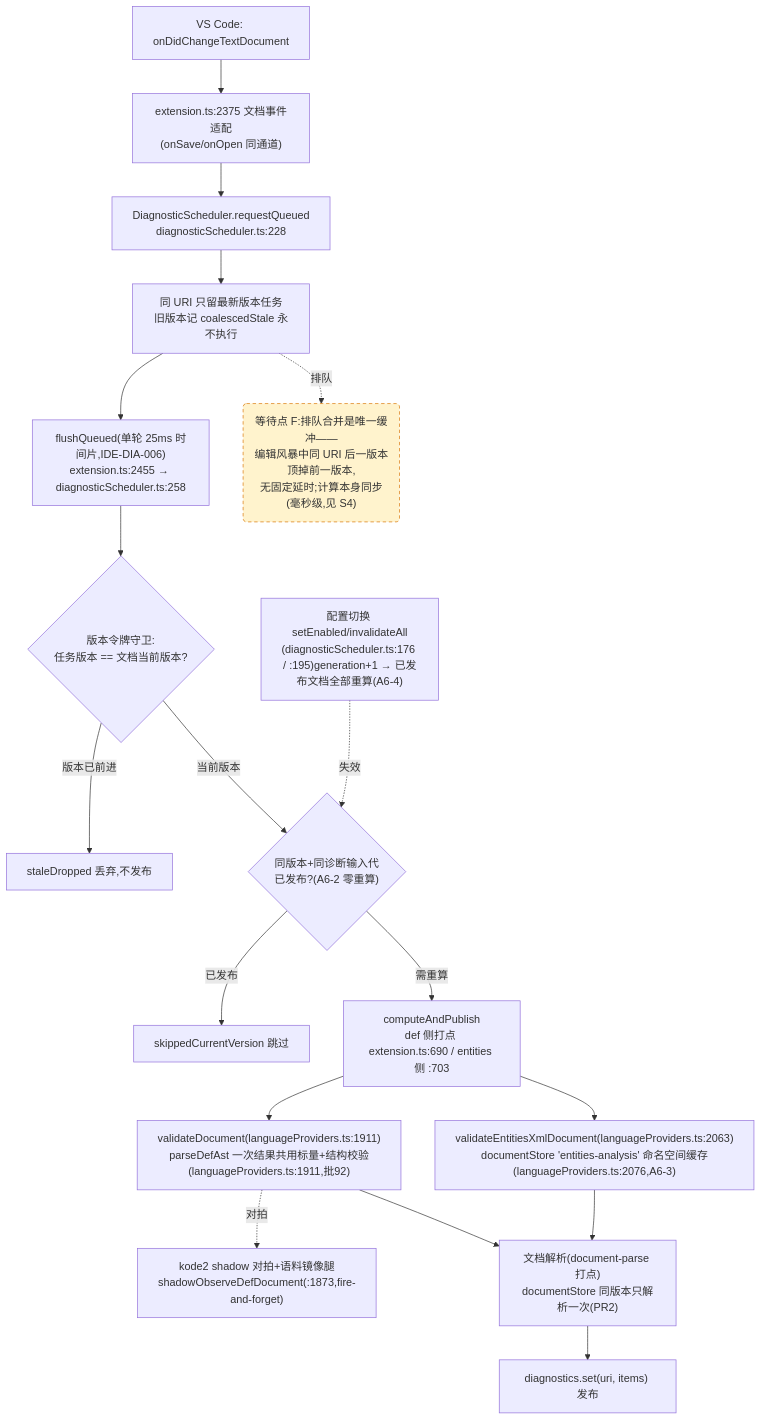
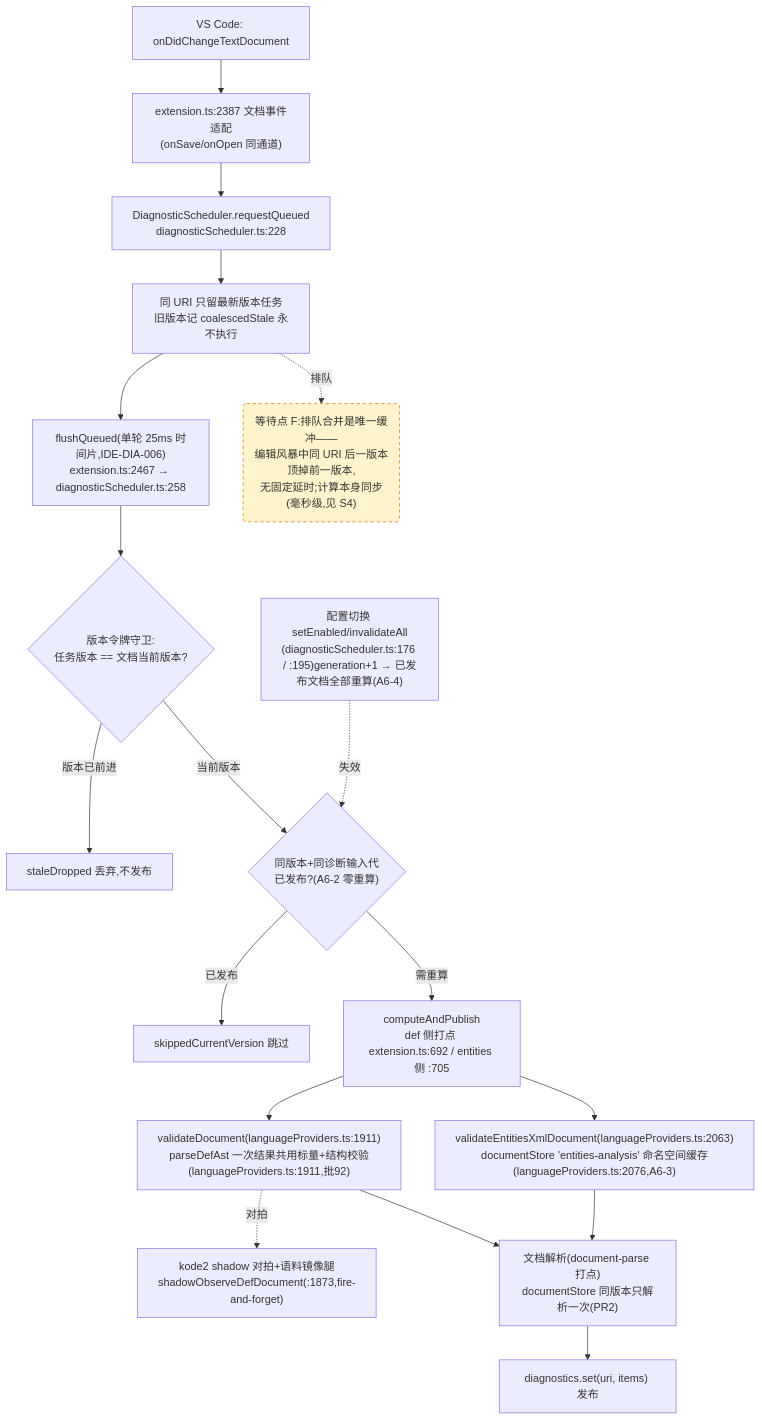
Before and after one commit to cuihairu/kode: the fourth of 4 diagrams in docs/perf/2026-baseline.md, drawn with Mermaid. The commit also changed other lines of this file and 24 other files, not shown here.

````diff
--- a/docs/perf/2026-baseline.md
+++ b/docs/perf/2026-baseline.md
@@ -214,38 +214,38 @@
 ```mermaid
 flowchart TD
   CHG["VS Code: onDidChangeTextDocument"]
-  WATCH["extension.ts:2375 文档事件适配<br/>(onSave/onOpen 同通道)"]
+  WATCH["extension.ts:2387 文档事件适配<br/>(onSave/onOpen 同通道)"]
   RQ["DiagnosticScheduler.requestQueued<br/>diagnosticScheduler.ts:228"]
   CO["同 URI 只留最新版本任务<br/>旧版本记 coalescedStale 永不执行"]
-  FL["flushQueued(单轮 25ms 时间片,IDE-DIA-006)<br/>extension.ts:2455 → diagnosticScheduler.ts:258"]
+  FL["flushQueued(单轮 25ms 时间片,IDE-DIA-006)<br/>extension.ts:2467 → diagnosticScheduler.ts:258"]
   VG{"版本令牌守卫:<br/>任务版本 == 文档当前版本?"}
   DROP["staleDropped 丢弃,不发布"]
   GEN{"同版本+同诊断输入代<br/>已发布?(A6-2 零重算)"}
   SKIP["skippedCurrentVersion 跳过"]
-  CALC["computeAndPublish<br/>def 侧打点 extension.ts:690 / entities 侧 :703"]
+  CALC["computeAndPublish<br/>def 侧打点 extension.ts:692 / entities 侧 :705"]
   VD["validateDocument(languageProviders.ts:1911)<br/>parseDefAst 一次结果共用标量+结构校验(languageProviders.ts:1911,批92)"]
   VEX["validateEntitiesXmlDocument(languageProviders.ts:2063)<br/>documentStore 'entities-analysis' 命名空间缓存(languageProviders.ts:2076,A6-3)"]
   SHDD["kode2 shadow 对拍+语料镜像腿<br/>shadowObserveDefDocument(:1873,fire-and-forget)"]
   DS["文档解析(document-parse 打点)<br/>documentStore 同版本只解析一次(PR2)"]
   PUB["diagnostics.set(uri, items) 发布"]
   CFG2["配置切换 setEnabled/invalidateAll<br/>(diagnosticScheduler.ts:176 / :195)generation+1 → 已发布文档全部重算(A6-4)"]
 
   CHG --> WATCH --> RQ --> CO --> FL --> VG
   VG -- "版本已前进" --> DROP
   VG -- "当前版本" --> GEN
   GEN -- "已发布" --> SKIP
   GEN -- "需重算" --> CALC
   CALC --> VD
   CALC --> VEX
   VD --> DS
   VEX --> DS
   DS --> PUB
   VD -.->|对拍| SHDD
   CFG2 -.->|失效| GEN
 
   WAITF("等待点 F:排队合并是唯一缓冲——<br/>编辑风暴中同 URI 后一版本顶掉前一版本,<br/>无固定延时;计算本身同步(毫秒级,见 S4)")
   CO -.->|排队| WAITF
 
   classDef waitPoint fill:#fff3cd,stroke:#d97706,stroke-dasharray:5 4;
   class WAITF waitPoint;
 ```
````
